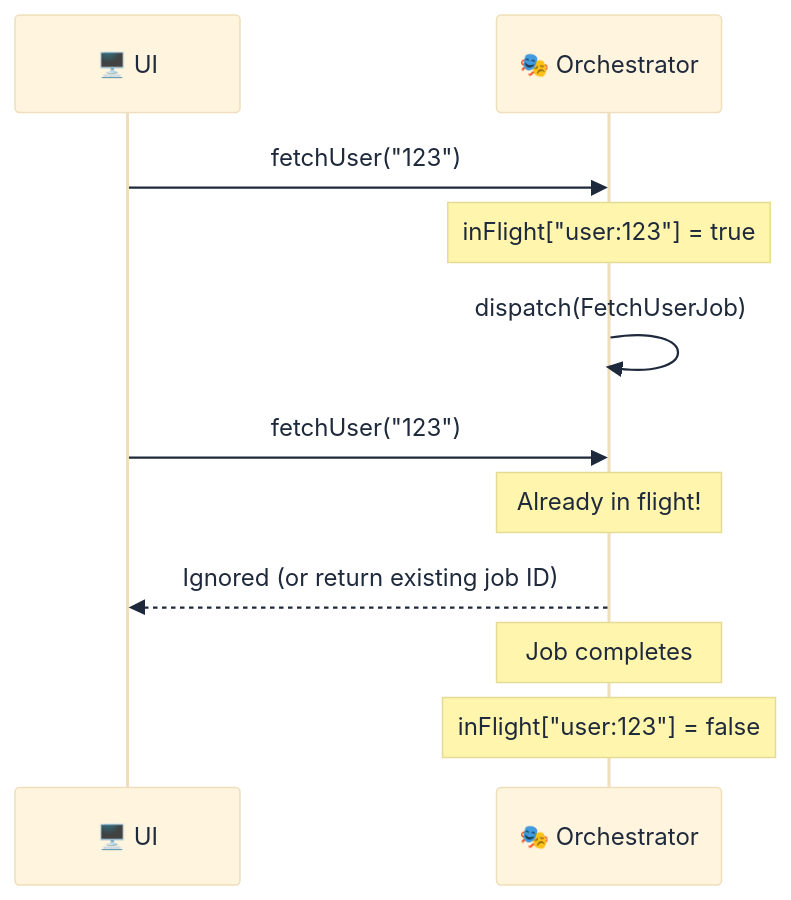
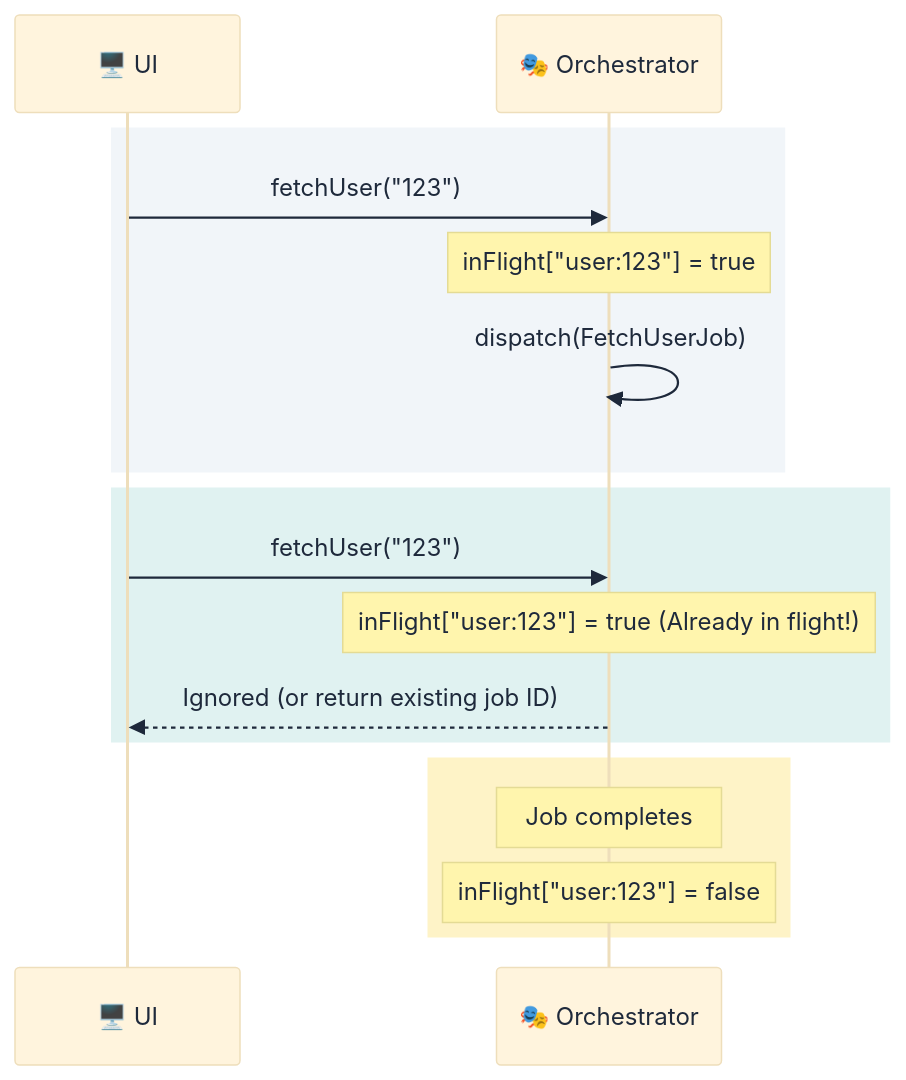
One commit to lploc94/flutter_orchestrator changed diagram 14 of 16 in book/chapters/05_advanced_patterns.md. Above: the diagram before and after it, drawn with Mermaid. The commit also changed 5 other files, not shown here.

First line of the commit message:
docs(book): finalize beautification of all Mermaid diagrams

````diff
--- a/book/chapters/05_advanced_patterns.md
+++ b/book/chapters/05_advanced_patterns.md
@@ -413,17 +413,23 @@
 ```mermaid
 %%{init: {'theme': 'base', 'themeVariables': { 'primaryTextColor': '#1e293b', 'noteTextColor': '#1e293b', 'actorTextColor': '#1e293b' }}}%%
 sequenceDiagram
     participant UI as 🖥️ UI
     participant Orch as 🎭 Orchestrator
     
-    UI->>Orch: fetchUser("123")
-    Note over Orch: inFlight["user:123"] = true
-    Orch->>Orch: dispatch(FetchUserJob)
+    rect rgb(241, 245, 249)
+        UI->>Orch: fetchUser("123")
+        Note over Orch: inFlight["user:123"] = true
+        Orch->>Orch: dispatch(FetchUserJob)
+    end
     
-    UI->>Orch: fetchUser("123")
-    Note over Orch: Already in flight!
-    Orch-->>UI: Ignored (or return existing job ID)
+    rect rgb(224, 242, 241)
+        UI->>Orch: fetchUser("123")
+        Note over Orch: inFlight["user:123"] = true (Already in flight!)
+        Orch-->>UI: Ignored (or return existing job ID)
+    end
     
-    Note over Orch: Job completes
-    Note over Orch: inFlight["user:123"] = false
+    rect rgb(254, 243, 199)
+        Note over Orch: Job completes
+        Note over Orch: inFlight["user:123"] = false
+    end
 ```
````
